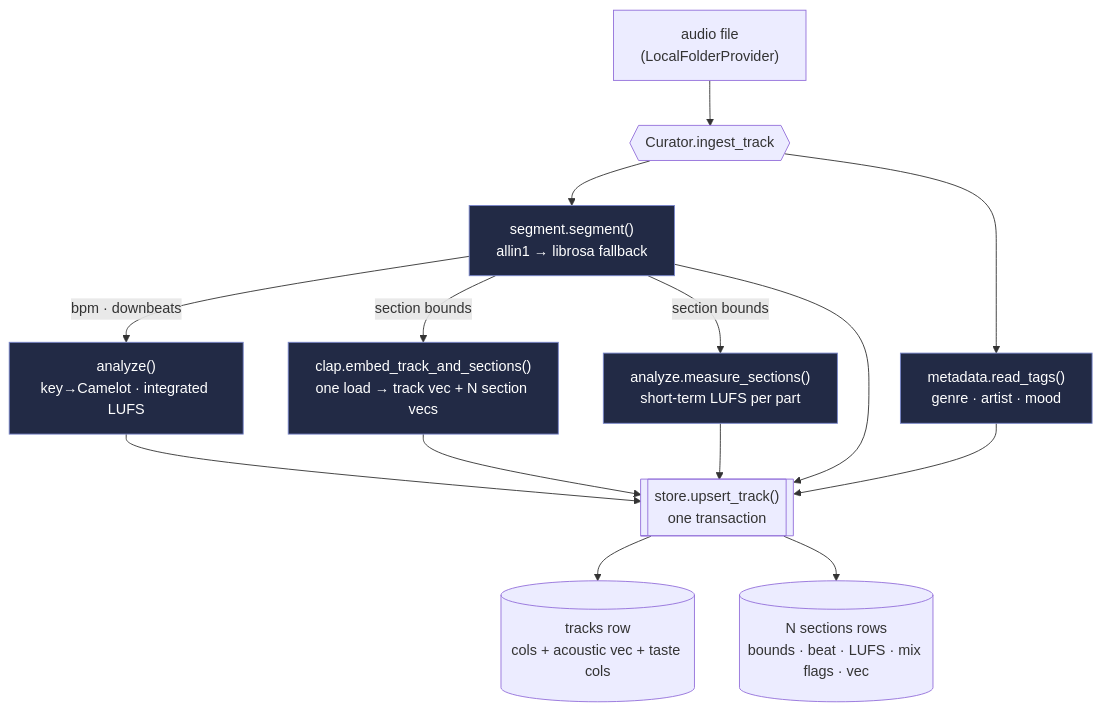
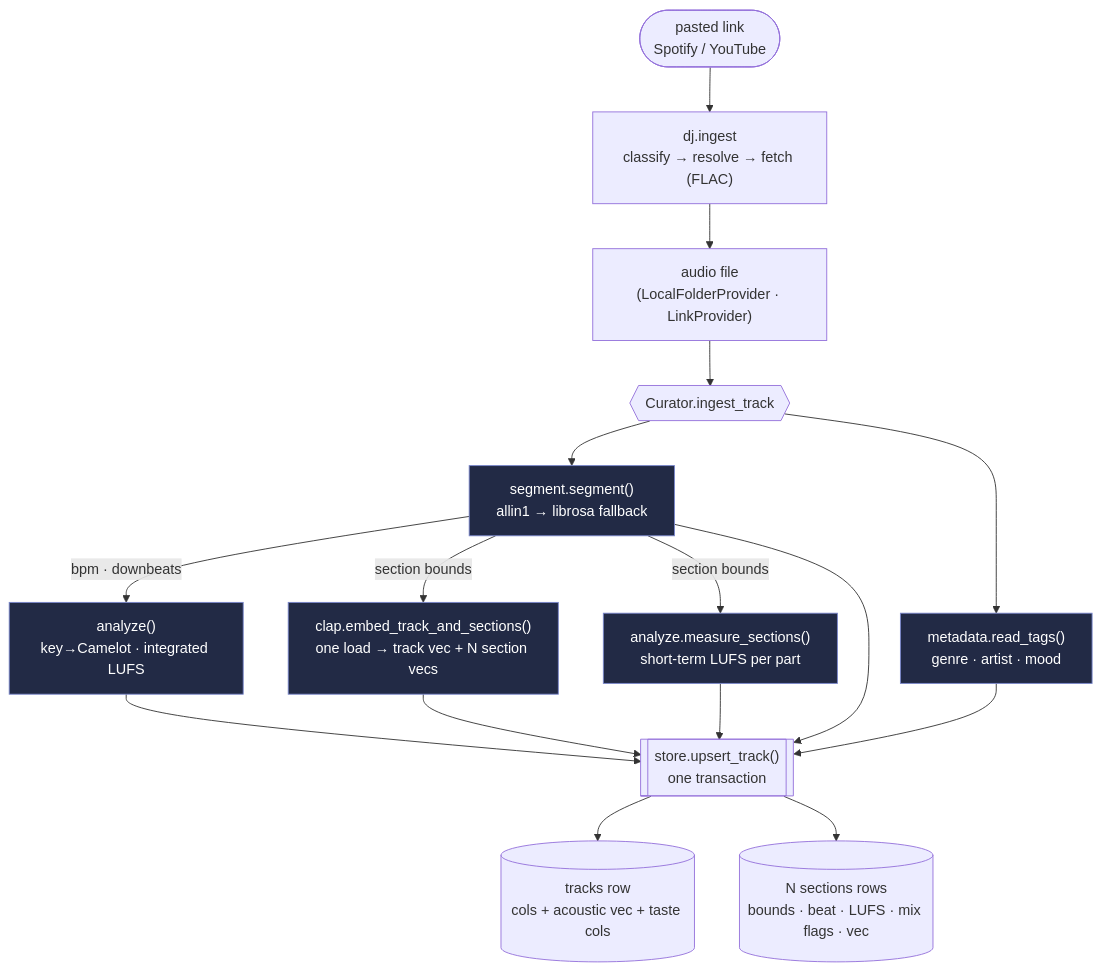
Before and after one commit to geogoesbeepboop/dj-agent: the third of 5 diagrams in docs/architecture.md, drawn with Mermaid. The commit also changed other lines of this file and 46 other files, not shown here.

````diff
--- a/docs/architecture.md
+++ b/docs/architecture.md
@@ -125,22 +130,24 @@
 ```mermaid
 flowchart TB
-    F["audio file<br/>(LocalFolderProvider)"] --> CUR{{"Curator.ingest_track"}}
+    LNK(["pasted link<br/>Spotify / YouTube"]) --> ING["dj.ingest<br/>classify → resolve → fetch (FLAC)"]
+    ING --> F
+    F["audio file<br/>(LocalFolderProvider · LinkProvider)"] --> CUR{{"Curator.ingest_track"}}
 
     CUR --> SEG["segment.segment()<br/>allin1 → librosa fallback"]
     SEG -->|"bpm · downbeats"| ANA["analyze()<br/>key→Camelot · integrated LUFS"]
     SEG -->|"section bounds"| CLAP["clap.embed_track_and_sections()<br/>one load → track vec + N section vecs"]
     SEG -->|"section bounds"| MEAS["analyze.measure_sections()<br/>short-term LUFS per part"]
     CUR --> META["metadata.read_tags()<br/>genre · artist · mood"]
 
     ANA --> UP[["store.upsert_track()<br/>one transaction"]]
     CLAP --> UP
     MEAS --> UP
     META --> UP
     SEG --> UP
 
     UP --> TR[("tracks row<br/>cols + acoustic vec + taste cols")]
     UP --> SR[("N sections rows<br/>bounds · beat · LUFS · mix flags · vec")]
 
     classDef det fill:#222a45,stroke:#7986cb,color:#fff;
     class SEG,ANA,CLAP,MEAS,META det;
 ```
````
